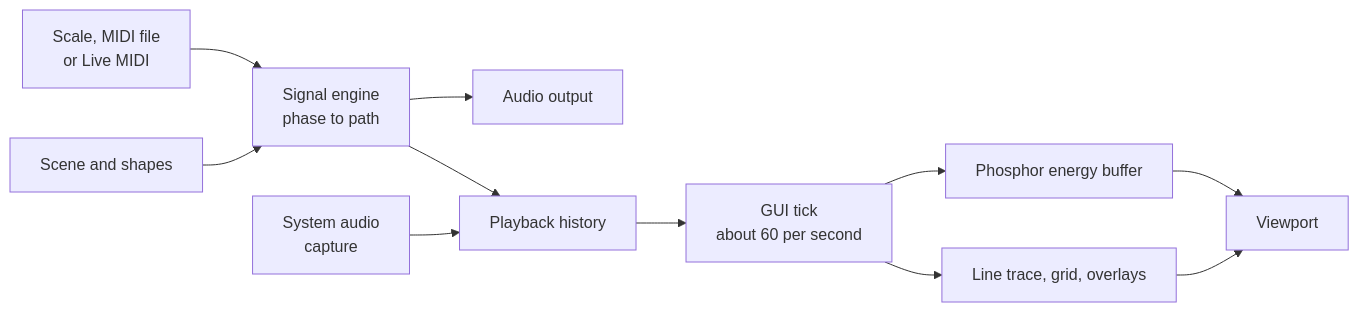
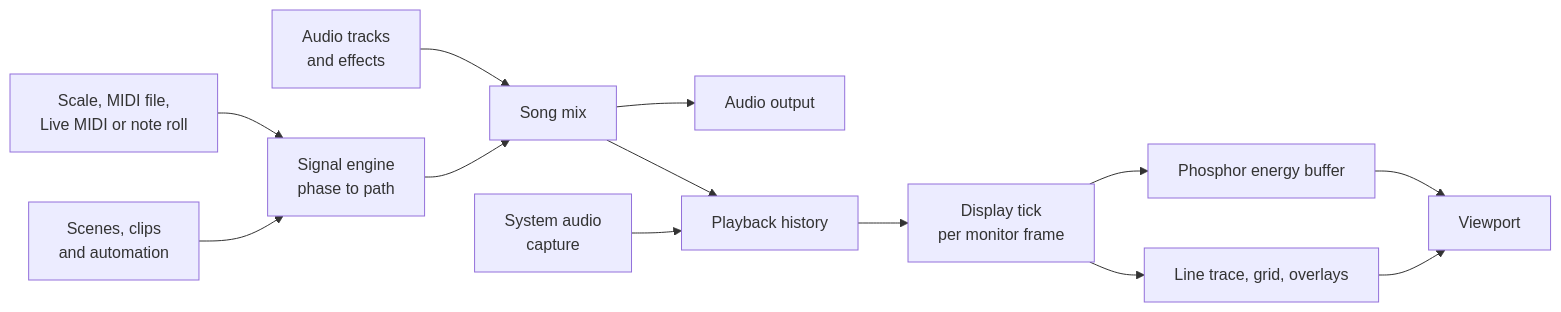
The first of 2 diagrams in README.md (le10726433/phosphor), drawn with Mermaid before and after one commit. The commit also changed other lines of this file and 409 other files, not shown here.

Commit message:
phosphor 0.92.1: Composer, audio tracks and effects, transforms and the user manual

````diff
--- a/README.md
+++ b/README.md
@@ -277,13 +293,15 @@
 ```mermaid
 flowchart LR
-    A[Scale, MIDI file<br/>or Live MIDI] --> B[Signal engine<br/>phase to path]
-    S[Scene and shapes] --> B
-    B --> C[Audio output]
-    B --> D[Playback history]
+    A[Scale, MIDI file,<br/>Live MIDI or note roll] --> B[Signal engine<br/>phase to path]
+    S[Scenes, clips<br/>and automation] --> B
+    T[Audio tracks<br/>and effects] --> M[Song mix]
+    B --> M
+    M --> C[Audio output]
+    M --> D[Playback history]
     E[System audio<br/>capture] --> D
-    D --> F[GUI tick<br/>about 60 per second]
+    D --> F[Display tick<br/>per monitor frame]
     F --> G[Phosphor energy buffer]
     F --> H[Line trace, grid, overlays]
     G --> I[Viewport]
     H --> I
 ```
````
